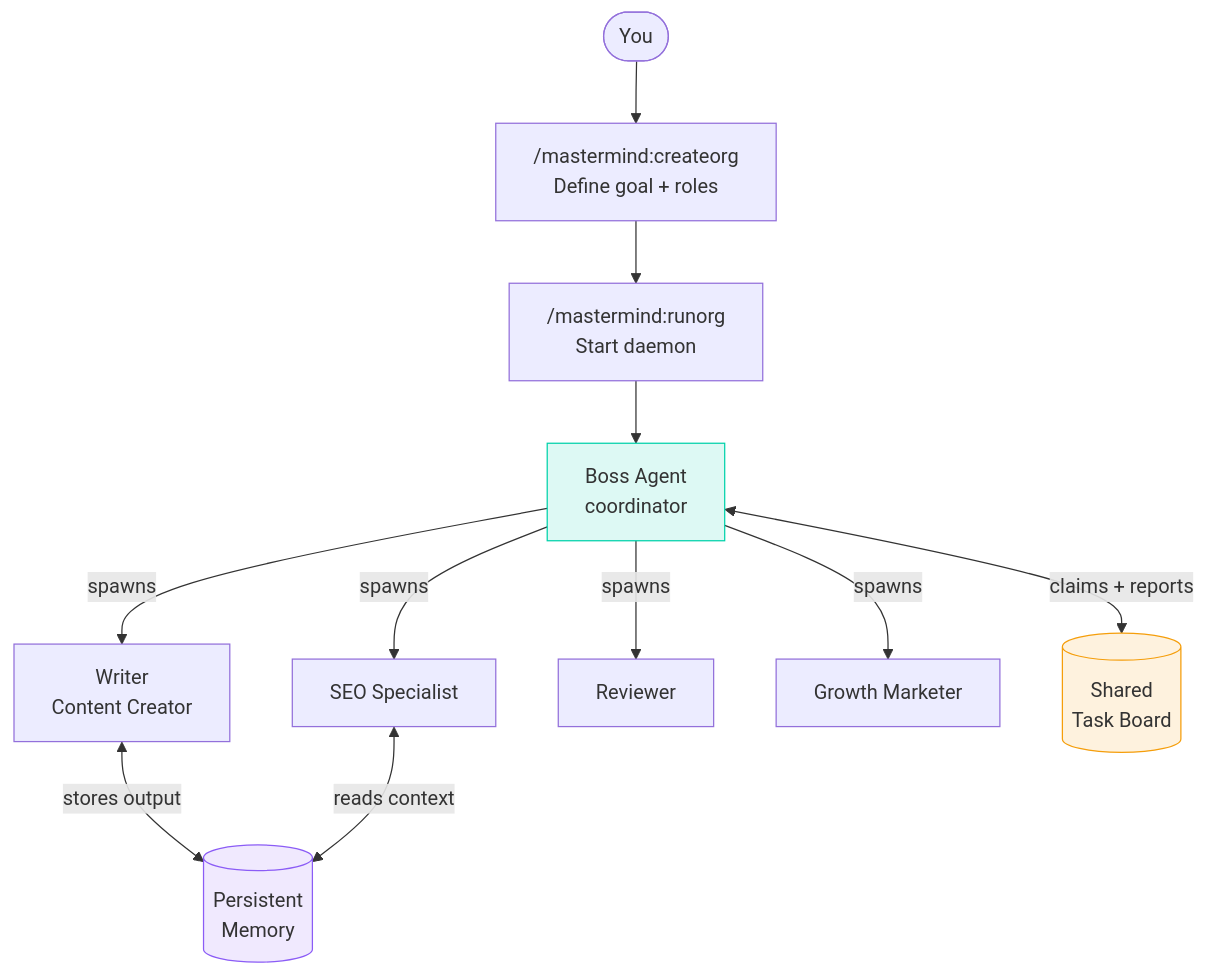
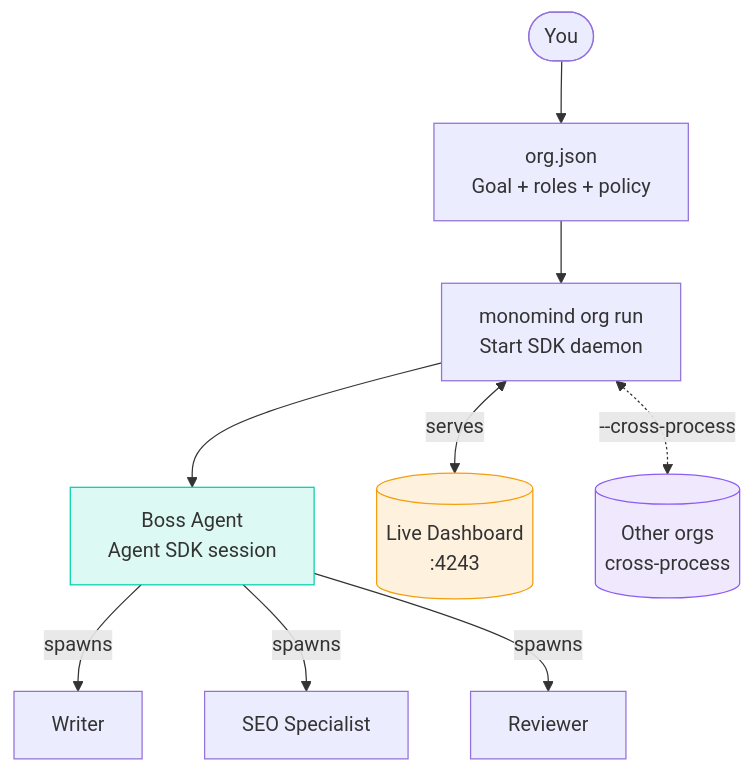
One commit to monoes/monomind changed the first of 5 diagrams in README.md. Above: the diagram before and after it, drawn with Mermaid. The commit also changed other lines of this file, not shown here.

````diff
--- a/README.md
+++ b/README.md
@@ -58,26 +67,23 @@
 ```mermaid
 flowchart TD
     U(["You"])
-    CO["/mastermind:createorg\nDefine goal + roles"]
-    RO["/mastermind:runorg\nStart daemon"]
-    BOSS["Boss Agent\ncoordinator"]
-    W["Writer\nContent Creator"]
+    DEF["org.json\nGoal + roles + policy"]
+    RUN["monomind org run\nStart SDK daemon"]
+    BOSS["Boss Agent\nAgent SDK session"]
+    W["Writer"]
     S["SEO Specialist"]
     R["Reviewer"]
-    M["Growth Marketer"]
-    BOARD[("Shared\nTask Board")]
-    MEM[("Persistent\nMemory")]
+    DASH[("Live Dashboard\n:4243")]
+    XORG[("Other orgs\ncross-process")]
 
-    U --> CO --> RO --> BOSS
+    U --> DEF --> RUN --> BOSS
     BOSS -->|spawns| W
     BOSS -->|spawns| S
     BOSS -->|spawns| R
-    BOSS -->|spawns| M
-    BOSS <-->|claims + reports| BOARD
-    W <-->|stores output| MEM
-    S <-->|reads context| MEM
+    RUN <-->|serves| DASH
+    RUN <-.->|--cross-process| XORG
 
     style BOSS fill:#00D2AA22,stroke:#00D2AA
-    style BOARD fill:#F59E0B22,stroke:#F59E0B
-    style MEM fill:#8B5CF622,stroke:#8B5CF6
+    style DASH fill:#F59E0B22,stroke:#F59E0B
+    style XORG fill:#8B5CF622,stroke:#8B5CF6
 ```
````
